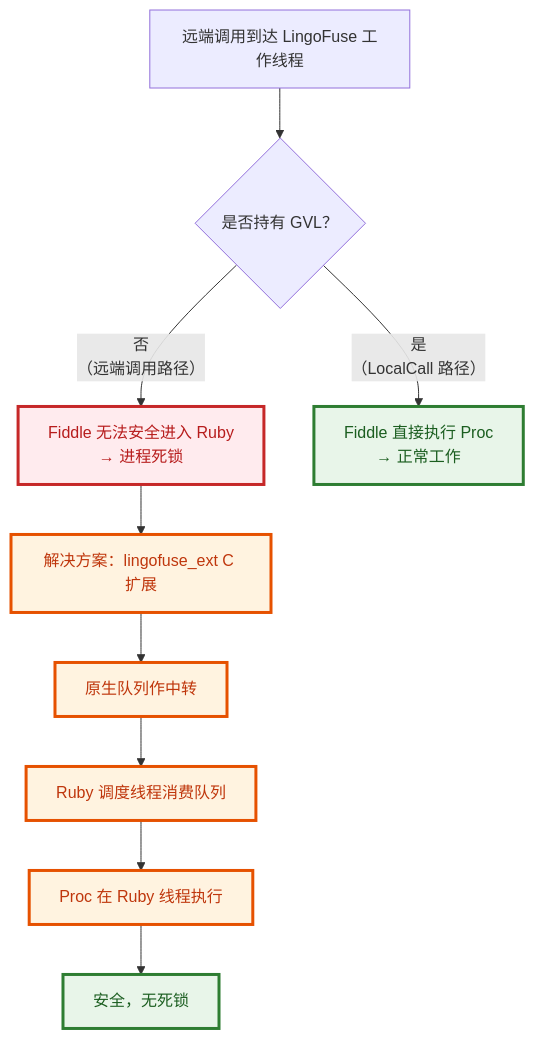
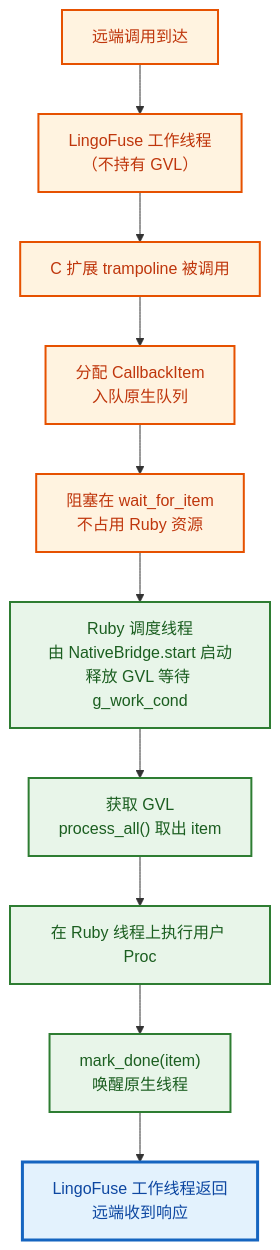
Before and after one commit to PassByYou888/LingoFuse: the third of 23 diagrams in ruby/README.md, drawn with Mermaid. The commit also changed other lines of this file, not shown here.

````diff
--- a/ruby/README.md
+++ b/ruby/README.md
@@ -104,21 +103,20 @@
 ```mermaid
 flowchart TD
-    Start["远端调用到达 LingoFuse 工作线程"] --> Q{"是否持有 GVL？"}
+    A["远端调用到达"] --> B["LingoFuse 工作线程<br/>（不持有 GVL）"]
+    B --> C["C 扩展 trampoline 被调用"]
+    C --> D["分配 CallbackItem<br/>入队原生队列"]
+    D --> E["阻塞在 wait_for_item<br/>不占用 Ruby 资源"]
+    E --> F["Ruby 调度线程<br/>由 NativeBridge.start 启动<br/>释放 GVL 等待 g_work_cond"]
+    F --> G["获取 GVL<br/>process_all() 取出 item"]
+    G --> H["在 Ruby 线程上执行用户 Proc"]
+    H --> I["mark_done(item)<br/>唤醒原生线程"]
+    I --> J["LingoFuse 工作线程返回<br/>远端收到响应"]
 
-    Q -- "否<br/>（远端调用路径）" --> NoGVL["Fiddle 无法安全进入 Ruby<br/>→ 进程死锁"]
-    Q -- "是<br/>（LocalCall 路径）" --> YesGVL["Fiddle 直接执行 Proc<br/>→ 正常工作"]
+    classDef native fill:#FFF3E0,stroke:#E65100,stroke-width:2px,color:#BF360C
+    classDef ruby fill:#E8F5E9,stroke:#2E7D32,stroke-width:2px,color:#1B5E20
+    classDef result fill:#E3F2FD,stroke:#1565C0,stroke-width:3px,color:#0D47A1
 
-    NoGVL --> Solution["解决方案：lingofuse_ext C 扩展"]
-    Solution --> C1["原生队列作中转"]
-    C1 --> C2["Ruby 调度线程消费队列"]
-    C2 --> C3["Proc 在 Ruby 线程执行"]
-    C3 --> OK["安全，无死锁"]
-
-    classDef problem fill:#FFEBEE,stroke:#C62828,stroke-width:3px,color:#B71C1C
-    classDef safe fill:#E8F5E9,stroke:#2E7D32,stroke-width:3px,color:#1B5E20
-    classDef sol fill:#FFF3E0,stroke:#E65100,stroke-width:3px,color:#BF360C
-
-    class NoGVL problem
-    class YesGVL,OK safe
-    class Solution,C1,C2,C3 sol
+    class A,B,C,D,E native
+    class F,G,H,I ruby
+    class J result
 ```
````
